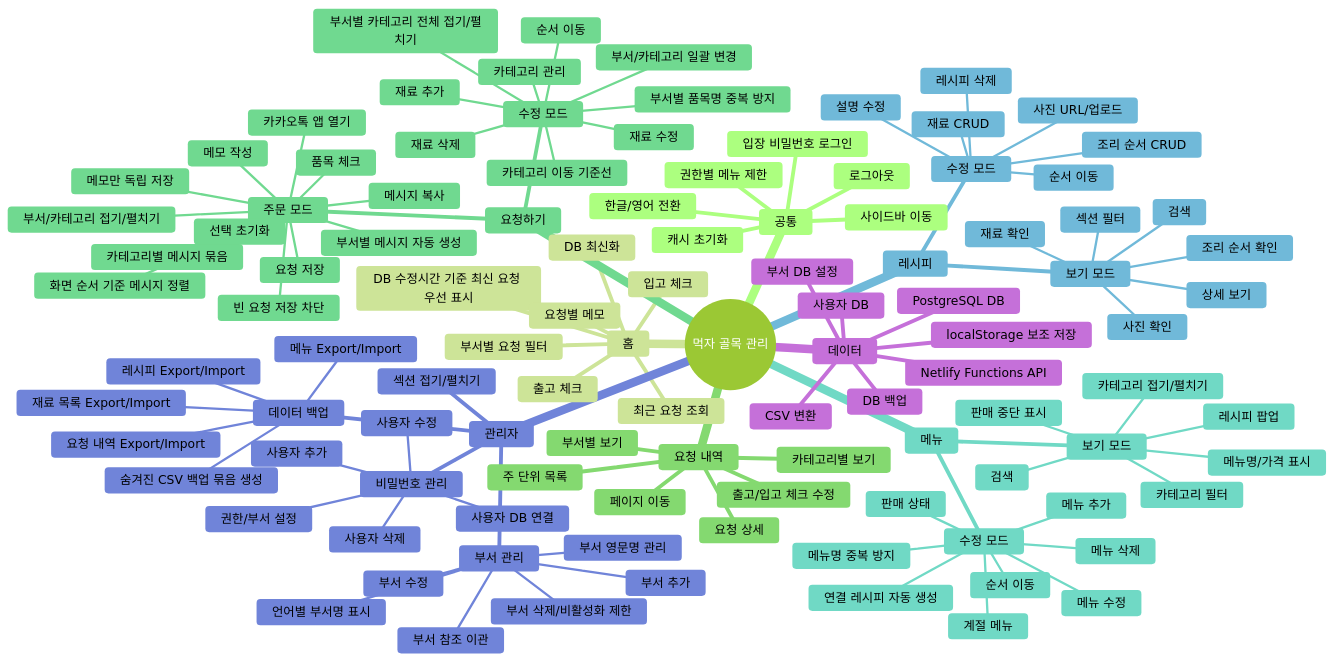
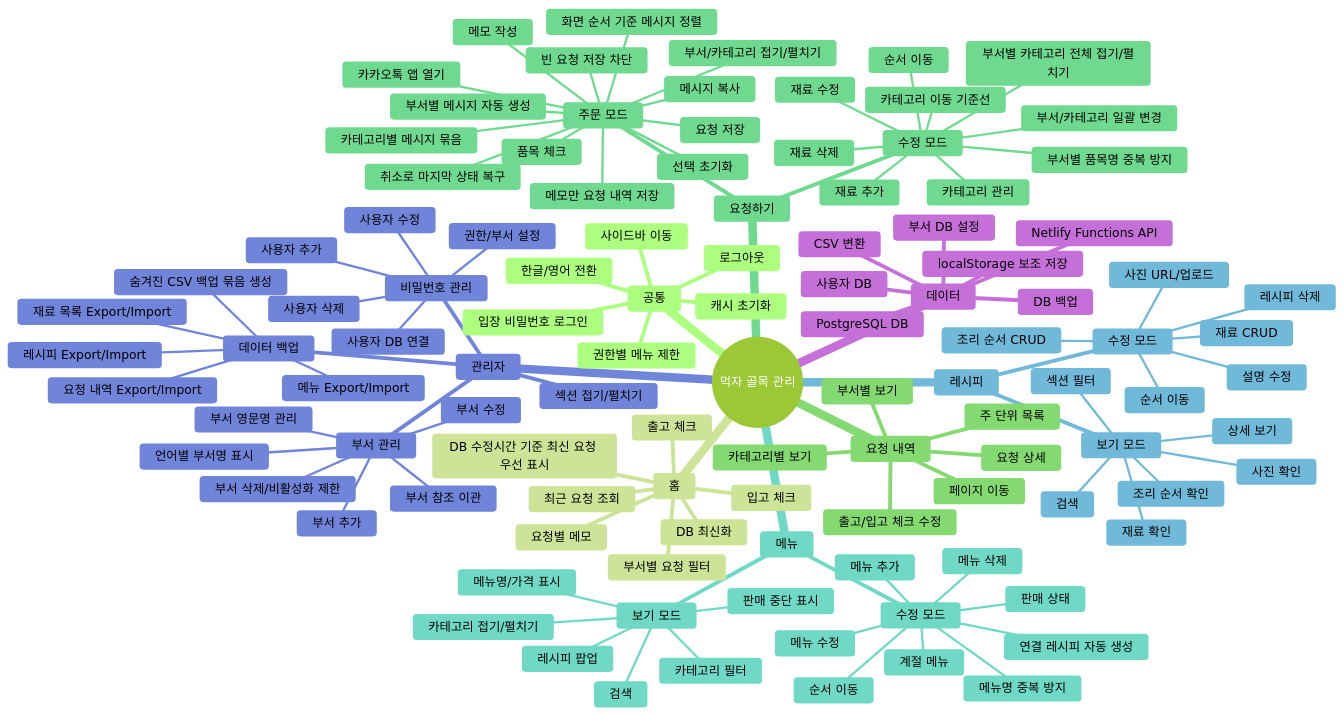
The diagram in docs/mukja-function-tree-ko.md (itsfreedom/mukja), drawn with Mermaid (forest theme) before and after one commit. The commit also changed other lines of this file and 16 other files, not shown here.

```diff
--- a/docs/mukja-function-tree-ko.md
+++ b/docs/mukja-function-tree-ko.md
@@ -37,7 +37,8 @@
         품목 체크
         메모 작성
         빈 요청 저장 차단
-        메모만 독립 저장
+        메모만 요청 내역 저장
+        취소로 마지막 상태 복구
         요청 저장
         부서별 메시지 자동 생성
         화면 순서 기준 메시지 정렬
```
